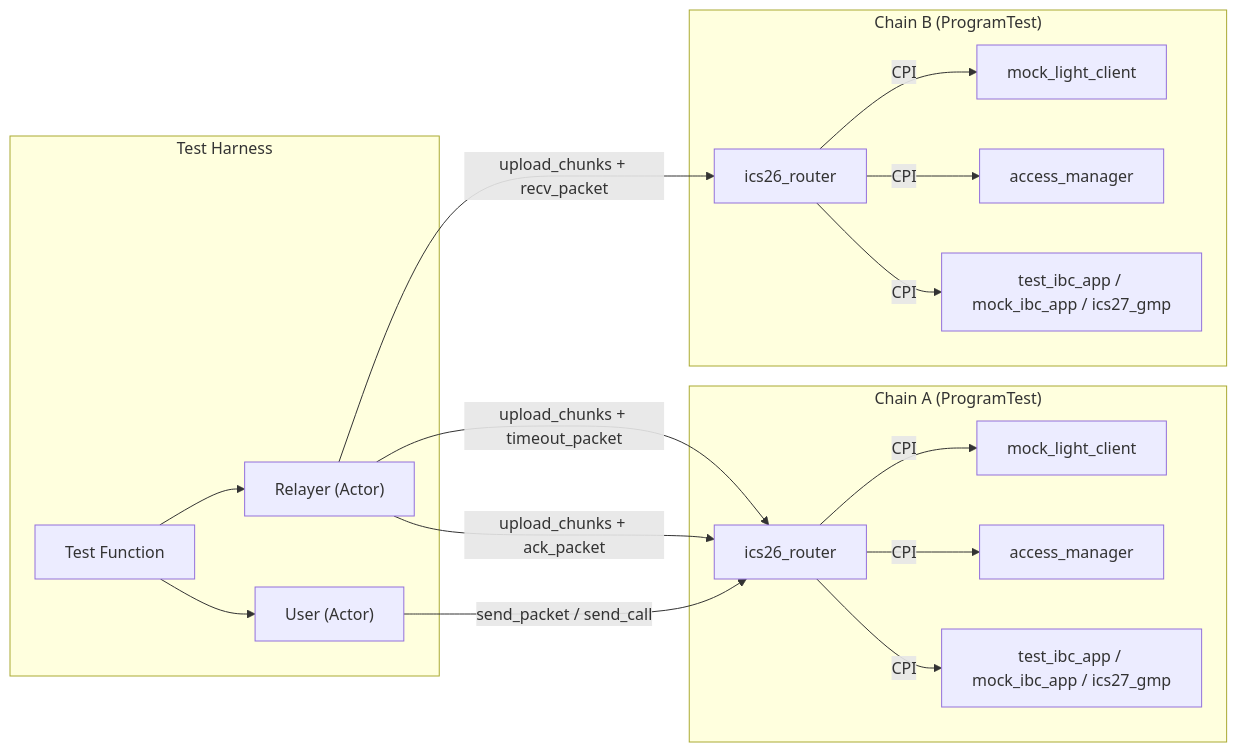
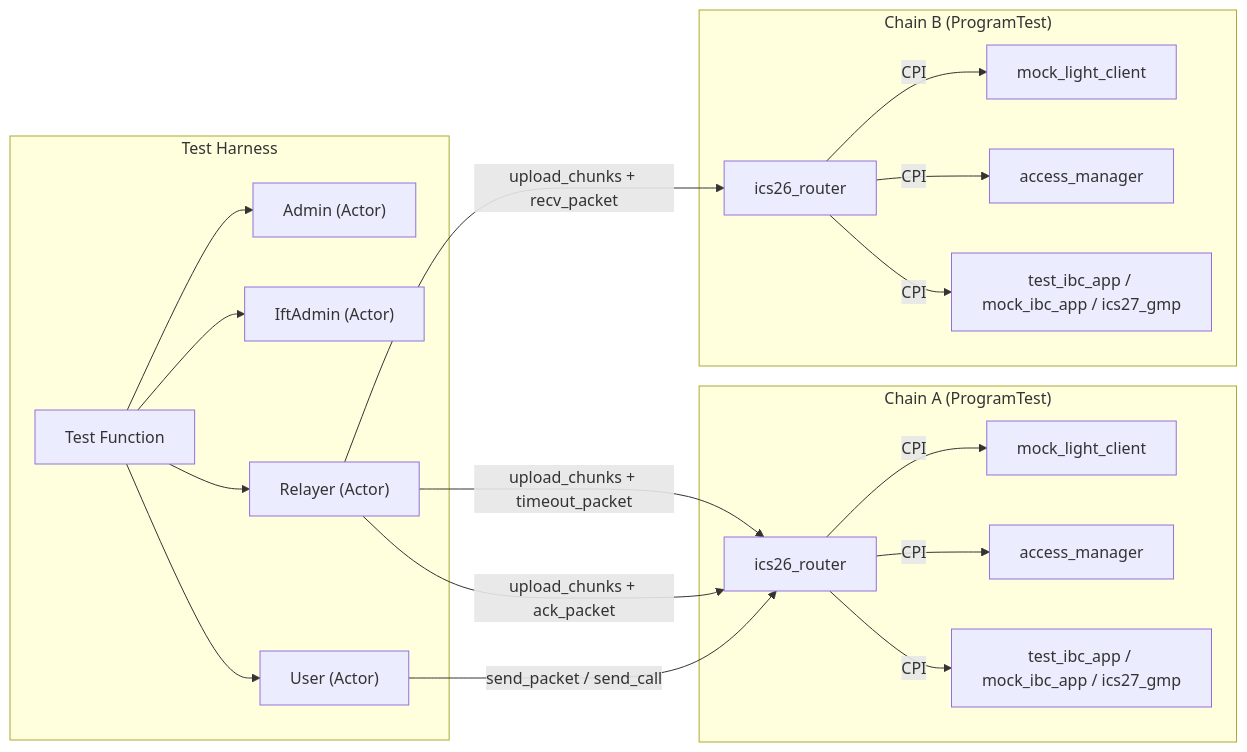
One commit to cosmos/solidity-ibc-eureka changed the first of 8 diagrams in programs/solana/integration-tests/README.md. Above: the diagram before and after it, drawn with Mermaid. The commit also changed other lines of this file and 52 other files, not shown here.

````diff
--- a/programs/solana/integration-tests/README.md
+++ b/programs/solana/integration-tests/README.md
@@ -7,35 +7,39 @@
 ```mermaid
 graph LR
     subgraph "Test Harness"
         Test["Test Function"]
+        Admin["Admin (Actor)"]
+        IftAdmin["IftAdmin (Actor)"]
         User["User (Actor)"]
         Relayer["Relayer (Actor)"]
     end
 
     subgraph "Chain A (ProgramTest)"
         RA["ics26_router"]
         MCA["mock_light_client"]
         AMA["access_manager"]
         AppA["test_ibc_app / mock_ibc_app / ics27_gmp"]
     end
 
     subgraph "Chain B (ProgramTest)"
         RB["ics26_router"]
         MCB["mock_light_client"]
         AMB["access_manager"]
         AppB["test_ibc_app / mock_ibc_app / ics27_gmp"]
     end
 
+    Test --> Admin
+    Test --> IftAdmin
     Test --> User
     Test --> Relayer
     User -->|send_packet / send_call| RA
     Relayer -->|upload_chunks + recv_packet| RB
     Relayer -->|upload_chunks + ack_packet| RA
     Relayer -->|upload_chunks + timeout_packet| RA
     RA -->|CPI| MCA
     RA -->|CPI| AMA
     RA -->|CPI| AppA
     RB -->|CPI| MCB
     RB -->|CPI| AMB
     RB -->|CPI| AppB
 ```
````
